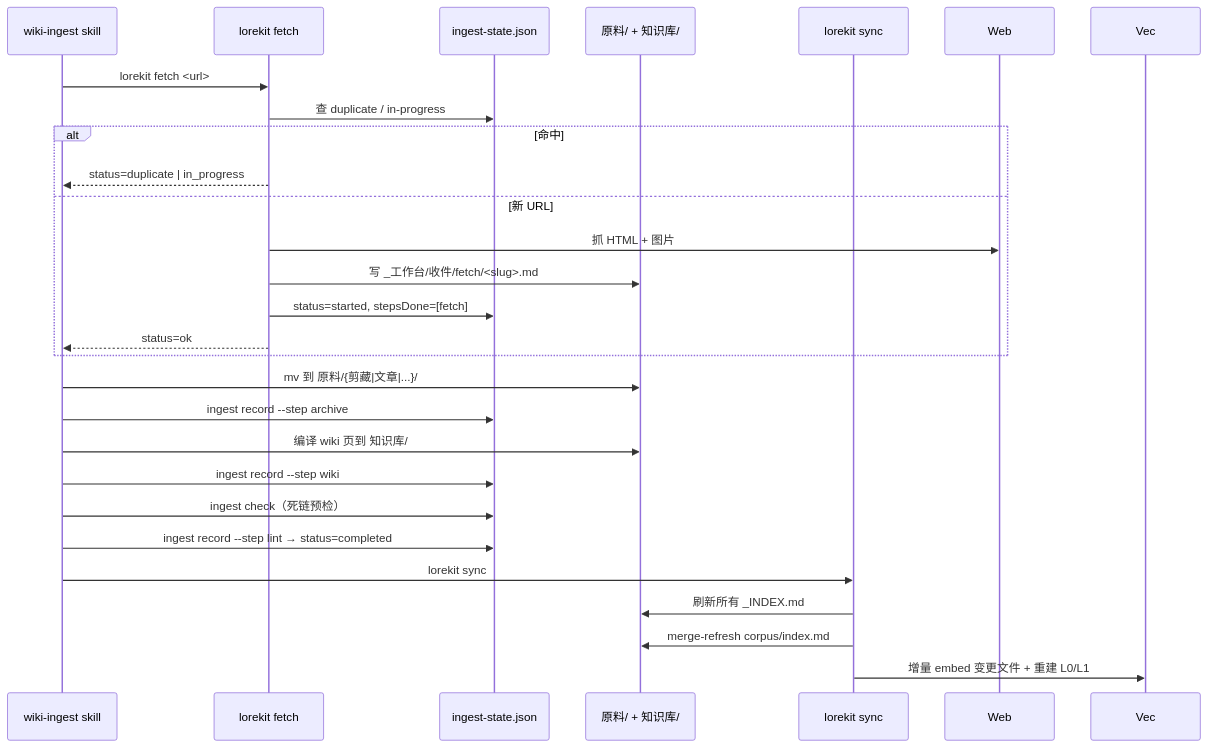
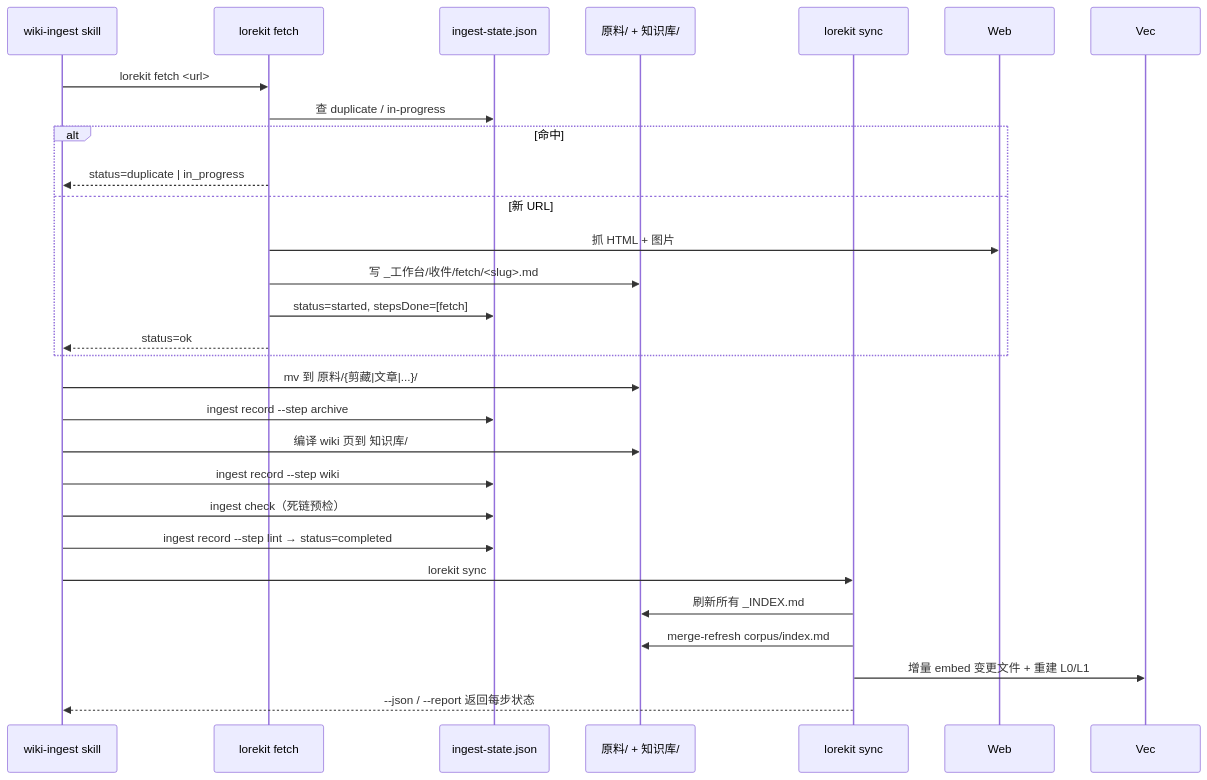
One commit to GYF0311/lorekit changed the second of 5 diagrams in docs/ARCHITECTURE.md. Above: the diagram before and after it, drawn with Mermaid. The commit also changed other lines of this file and 23 other files, not shown here.

````diff
--- a/docs/ARCHITECTURE.md
+++ b/docs/ARCHITECTURE.md
@@ -57,29 +63,30 @@
 ```mermaid
 sequenceDiagram
   participant Agent as wiki-ingest skill
   participant Fetch as lorekit fetch
   participant State as ingest-state.json
   participant Disk as 原料/ + 知识库/
   participant Sync as lorekit sync
 
   Agent->>Fetch: lorekit fetch <url>
   Fetch->>State: 查 duplicate / in-progress
   alt 命中
     Fetch-->>Agent: status=duplicate | in_progress
   else 新 URL
     Fetch->>Web: 抓 HTML + 图片
     Fetch->>Disk: 写 _工作台/收件/fetch/<slug>.md
     Fetch->>State: status=started, stepsDone=[fetch]
     Fetch-->>Agent: status=ok
   end
   Agent->>Disk: mv 到 原料/{剪藏|文章|...}/
   Agent->>State: ingest record --step archive
   Agent->>Disk: 编译 wiki 页到 知识库/
   Agent->>State: ingest record --step wiki
   Agent->>State: ingest check（死链预检）
   Agent->>State: ingest record --step lint → status=completed
   Agent->>Sync: lorekit sync
   Sync->>Disk: 刷新所有 _INDEX.md
   Sync->>Disk: merge-refresh corpus/index.md
   Sync->>Vec: 增量 embed 变更文件 + 重建 L0/L1
+  Sync-->>Agent: --json / --report 返回每步状态
 ```
````
